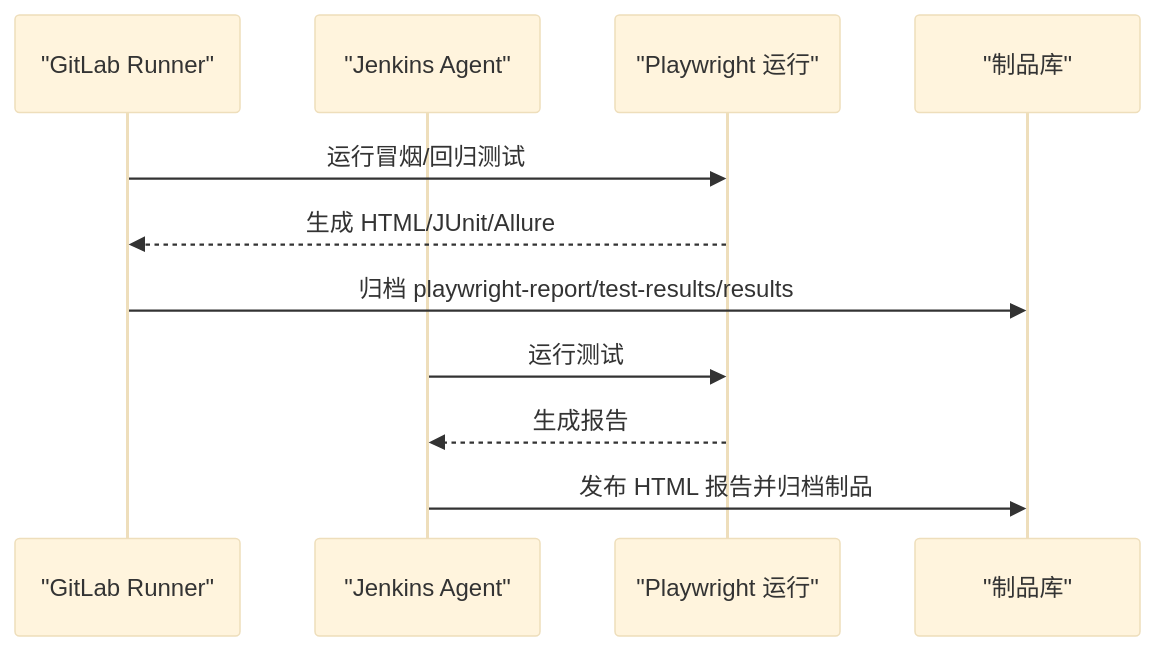
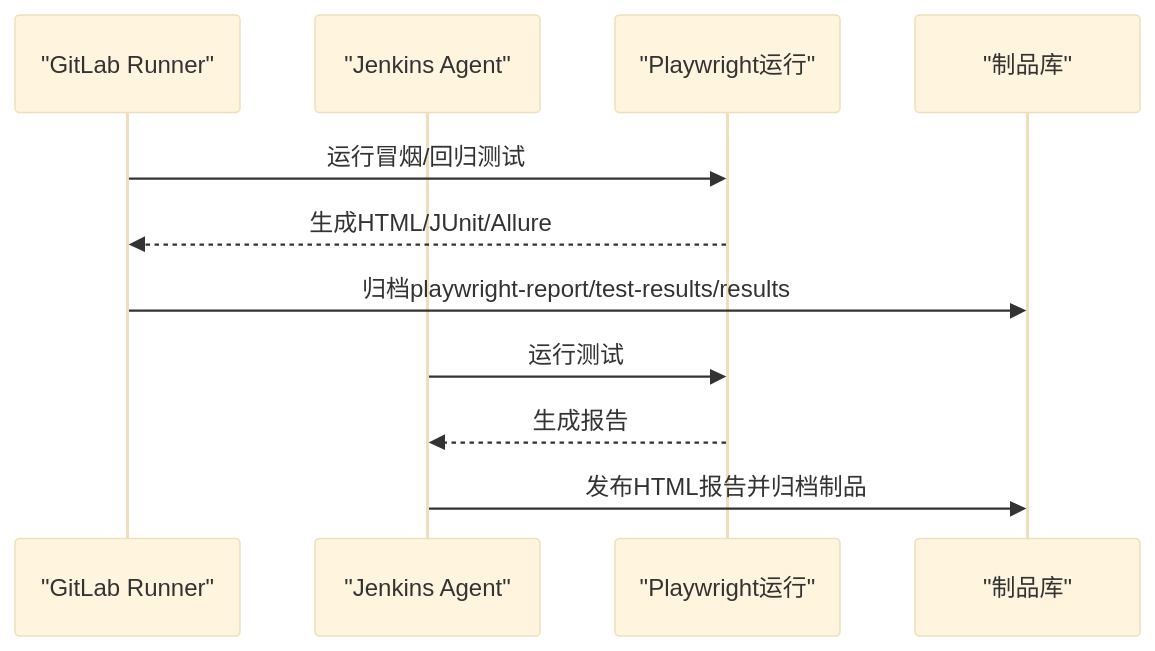
The fourth of 6 diagrams in .qoder/repowiki/zh/content/测试报告和监控/报告生成系统.md (zzgoviziwind/--playwright), drawn with Mermaid (base theme) before and after one commit. The commit also changed other lines of this file and 112 other files, not shown here.

````diff
--- a/.qoder/repowiki/zh/content/测试报告和监控/报告生成系统.md
+++ b/.qoder/repowiki/zh/content/测试报告和监控/报告生成系统.md
@@ -195,13 +211,13 @@
 ```mermaid
 sequenceDiagram
 participant GL as "GitLab Runner"
 participant JF as "Jenkins Agent"
-participant TR as "Playwright 运行"
+participant TR as "Playwright运行"
 participant ART as "制品库"
 GL->>TR : 运行冒烟/回归测试
-TR-->>GL : 生成 HTML/JUnit/Allure
-GL->>ART : 归档 playwright-report/test-results/results
+TR-->>GL : 生成HTML/JUnit/Allure
+GL->>ART : 归档playwright-report/test-results/results
 JF->>TR : 运行测试
 TR-->>JF : 生成报告
-JF->>ART : 发布 HTML 报告并归档制品
+JF->>ART : 发布HTML报告并归档制品
 ```
````
